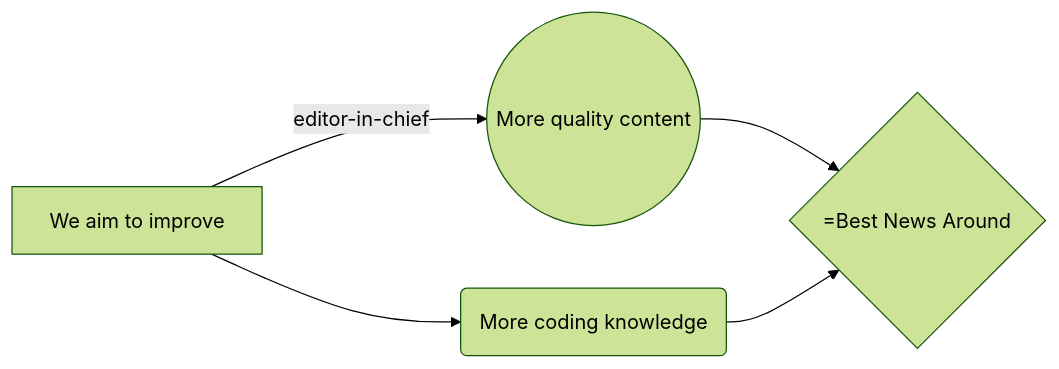
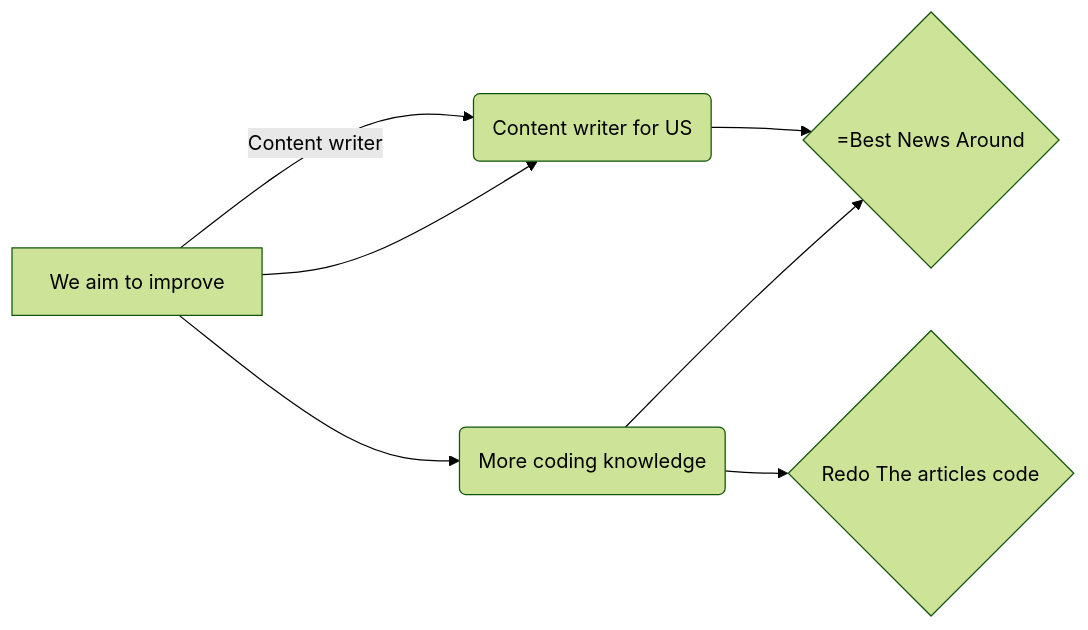
Before and after one commit to LocalTechnews/LocalTechnews.github.io: the diagram in README.md, drawn with Mermaid (forest theme). The commit also changed other lines of this file and 5 other files, not shown here.

````diff
--- a/README.md
+++ b/README.md
@@ -65,7 +56,9 @@
 ```mermaid
 graph LR
-A[We aim to improve] -- editor-in-chief --> B((More quality content))
+A[We aim to improve] -- Content writer --> B((More quality content))
+A --> B(Content writer for US)
 A --> C(More coding knowledge)
+C --> E{Redo The articles code}
 B --> D{=Best News Around}
 C --> D
 ```
````
